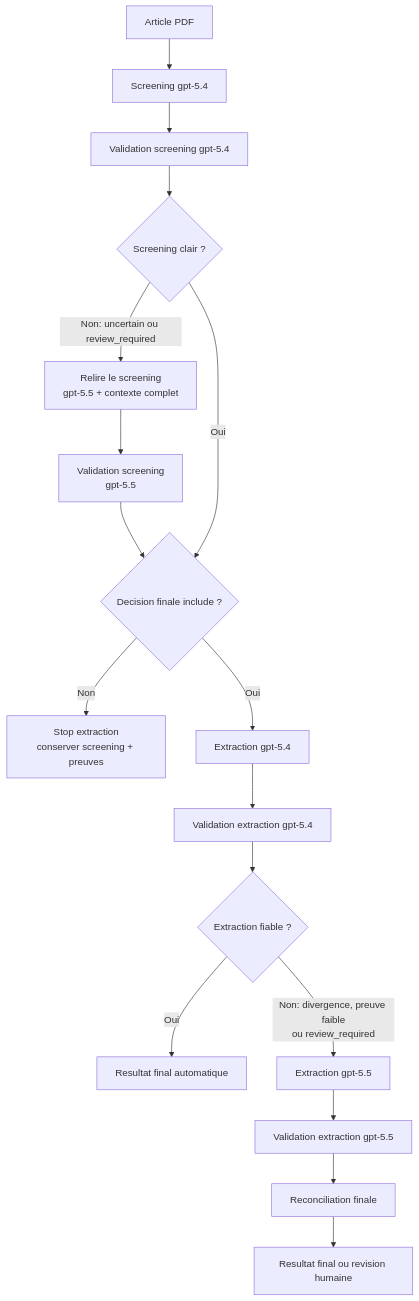
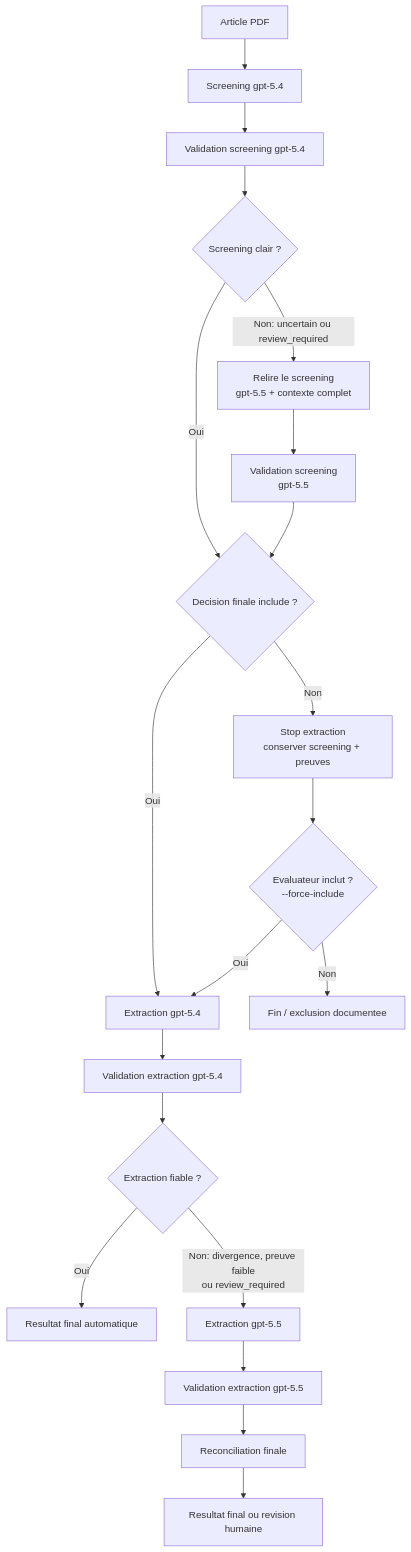
Before and after one commit to mickaelbegon/Review_extraction: the third of 4 diagrams in README.md, drawn with Mermaid. The commit also changed other lines of this file, not shown here.

````diff
--- a/README.md
+++ b/README.md
@@ -358,21 +397,24 @@
 ```mermaid
 flowchart TD
     A["Article PDF"] --> B["Screening gpt-5.4"]
     B --> C["Validation screening gpt-5.4"]
     C --> D{"Screening clair ?"}
 
     D -- "Non: uncertain ou review_required" --> E["Relire le screening<br/>gpt-5.5 + contexte complet"]
     E --> F["Validation screening<br/>gpt-5.5"]
     F --> G{"Decision finale include ?"}
 
     D -- "Oui" --> G
     G -- "Non" --> H["Stop extraction<br/>conserver screening + preuves"]
+    H --> Q{"Evaluateur inclut ?<br/>--force-include"}
+    Q -- "Oui" --> I
+    Q -- "Non" --> R["Fin / exclusion documentee"]
     G -- "Oui" --> I["Extraction gpt-5.4"]
     I --> J["Validation extraction gpt-5.4"]
     J --> K{"Extraction fiable ?"}
     K -- "Oui" --> L["Resultat final automatique"]
     K -- "Non: divergence, preuve faible<br/>ou review_required" --> M["Extraction gpt-5.5"]
     M --> N["Validation extraction gpt-5.5"]
     N --> O["Reconciliation finale"]
     O --> P["Resultat final ou revision humaine"]
 ```
````
